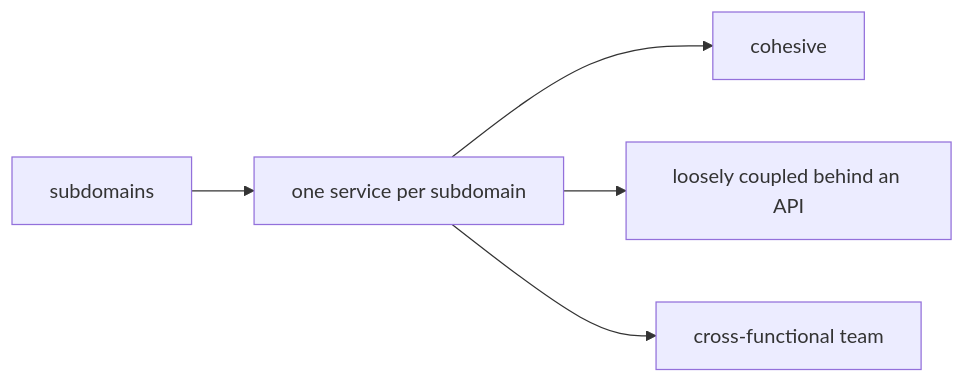
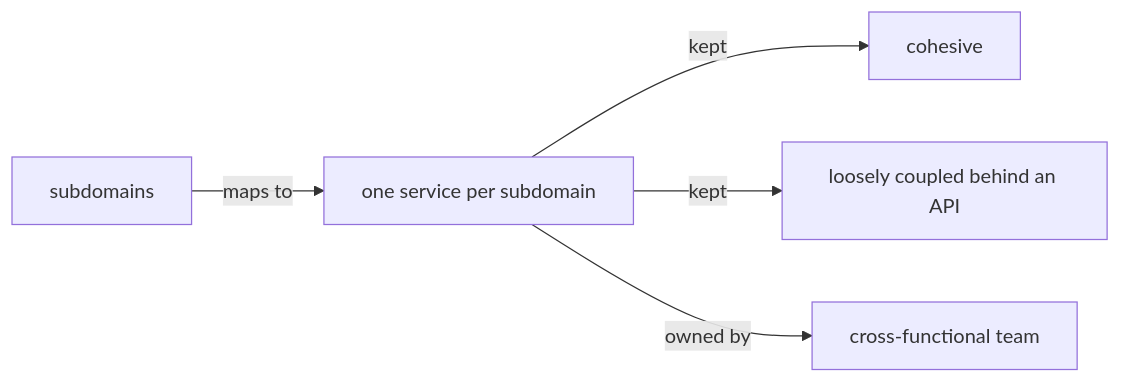
Before and after one commit to vinayakuber/microservices-io-study-guide: diagram 11 of 13 in docs/ch04-decompose-by-subdomain.md, drawn with Mermaid. The commit also changed other lines of this file and 71 other files, not shown here.

First line of the commit message:
R18: label every diagram arrow with its meaning

````diff
--- a/docs/ch04-decompose-by-subdomain.md
+++ b/docs/ch04-decompose-by-subdomain.md
@@ -373,7 +373,7 @@
 ```mermaid
 flowchart LR
-  SUB["subdomains"] --> SVC["one service per subdomain"]
-  SVC --> COH["cohesive"]
-  SVC --> LC["loosely coupled behind an API"]
-  SVC --> TM["cross-functional team"]
+  SUB["subdomains"] -->|"maps to"| SVC["one service per subdomain"]
+  SVC -->|"kept"| COH["cohesive"]
+  SVC -->|"kept"| LC["loosely coupled behind an API"]
+  SVC -->|"owned by"| TM["cross-functional team"]
 ```
````
